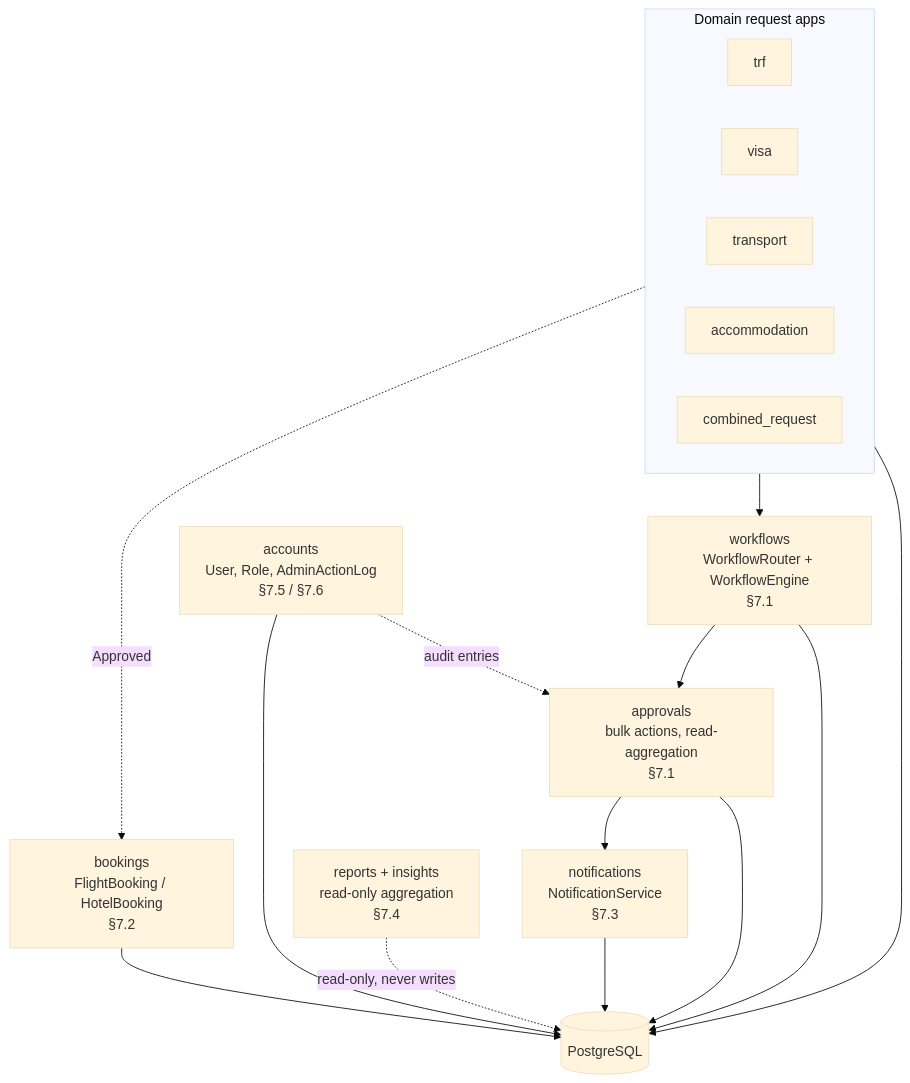
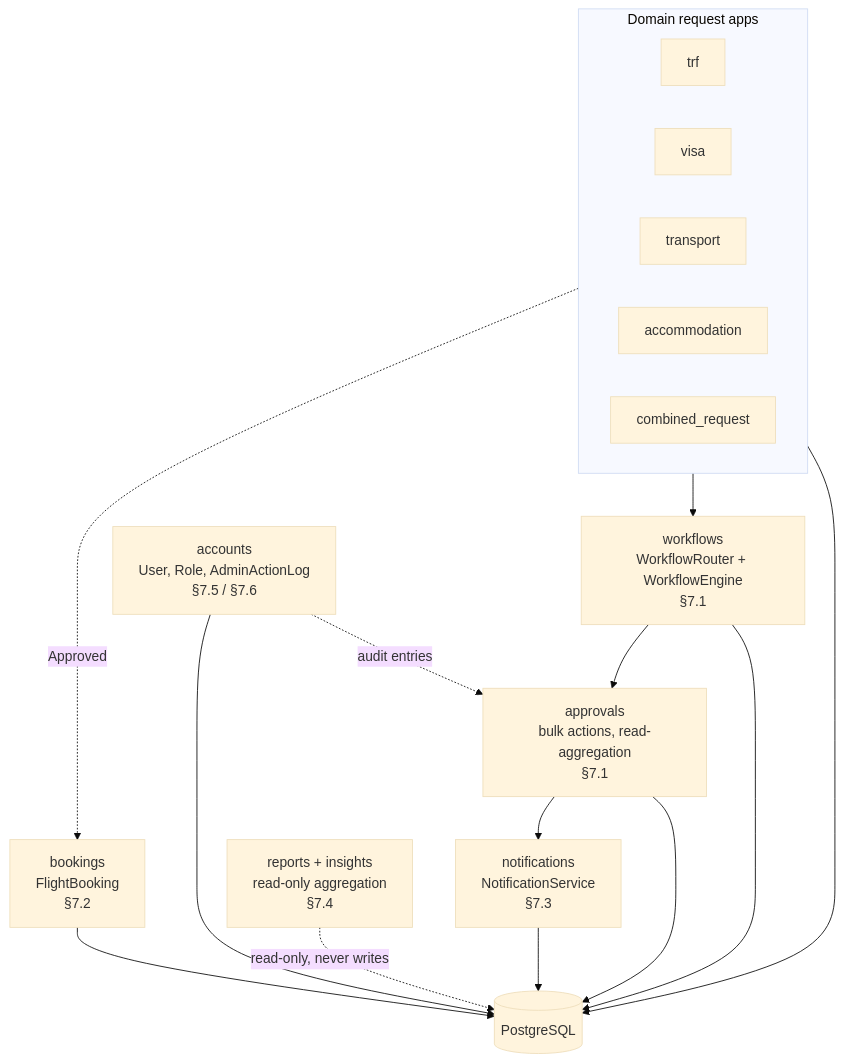
Before and after one commit to arslant84/tms.app: the seventh of 11 diagrams in docs/ARCHITECTURE.md, drawn with Mermaid (base theme). The commit also changed other lines of this file and 14 other files, not shown here.

First line of the commit message:
Remove dead bookings.HotelBooking model and the unreachable book_hotel reference

````diff
--- a/docs/ARCHITECTURE.md
+++ b/docs/ARCHITECTURE.md
@@ -274,30 +274,30 @@
 ```mermaid
 flowchart TD
     subgraph Domain["Domain request apps"]
         direction LR
         TRF2[trf]
         VISA2[visa]
         TRANS2[transport]
         ACC2[accommodation]
         COMB2[combined_request]
     end
 
     WF["workflows<br/>WorkflowRouter + WorkflowEngine<br/>§7.1"]
     APR["approvals<br/>bulk actions, read-aggregation<br/>§7.1"]
     NOTIF["notifications<br/>NotificationService<br/>§7.3"]
-    BOOK["bookings<br/>FlightBooking / HotelBooking<br/>§7.2"]
+    BOOK["bookings<br/>FlightBooking<br/>§7.2"]
     ACCTS["accounts<br/>User, Role, AdminActionLog<br/>§7.5 / §7.6"]
     ANALYTICS["reports + insights<br/>read-only aggregation<br/>§7.4"]
     DB[("PostgreSQL")]
 
     Domain --> WF --> APR --> NOTIF
     TRF2 -.->|"Approved"| BOOK
     Domain --> DB
     WF --> DB
     APR --> DB
     NOTIF --> DB
     BOOK --> DB
     ACCTS --> DB
     ACCTS -.->|"audit entries"| APR
     ANALYTICS -.->|"read-only, never writes"| DB
 ```
````
